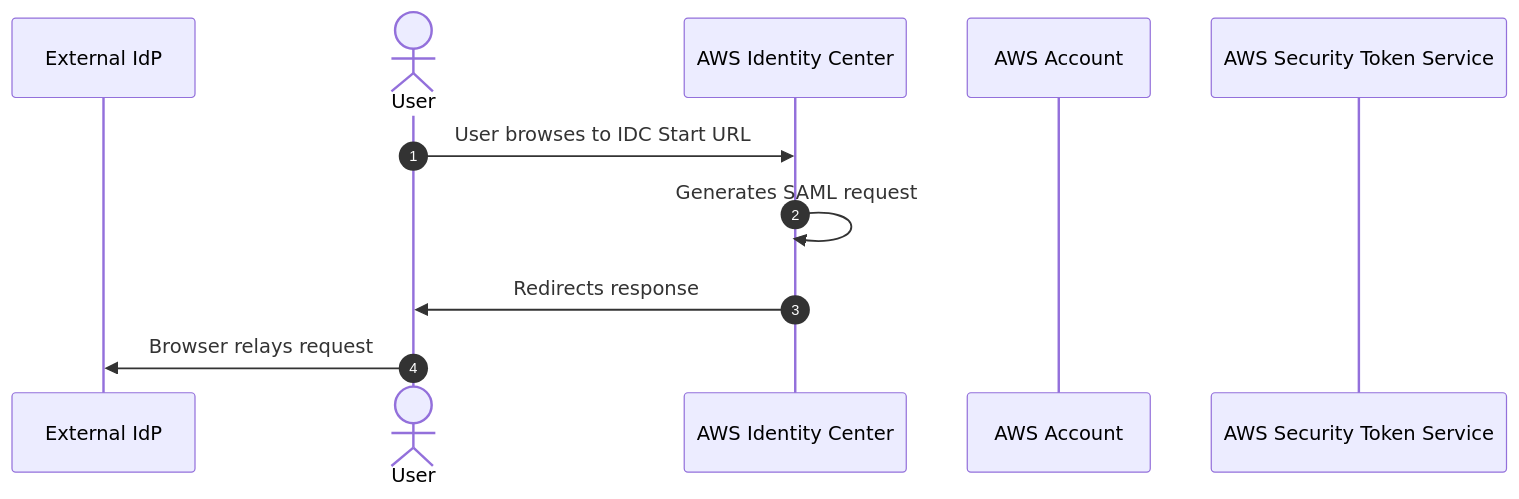
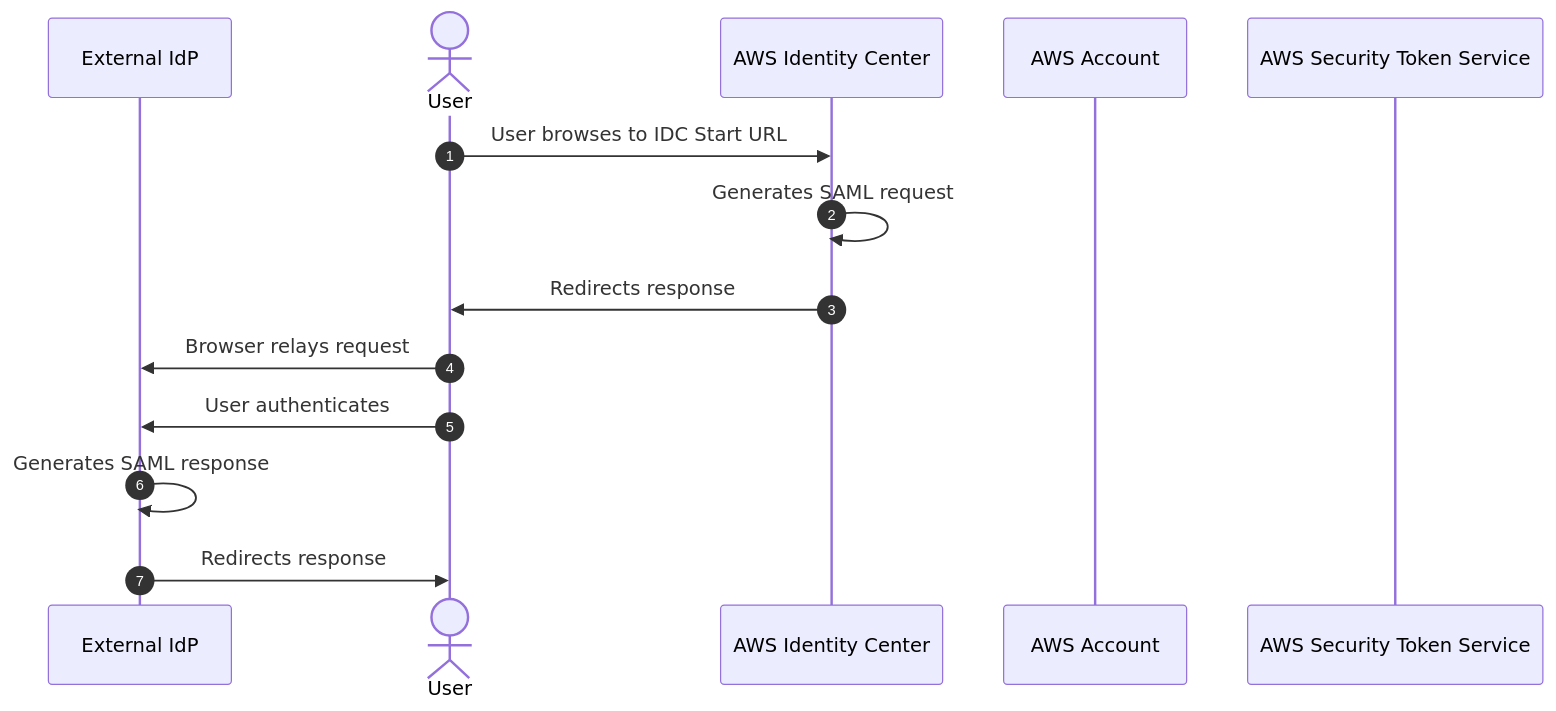
The diagram in identity-center/flow.md (keshavbaweja-git/workshops), drawn with Mermaid before and after one commit.

Commit message:
Identity Center

````diff
--- a/identity-center/flow.md
+++ b/identity-center/flow.md
@@ -1,13 +1,16 @@
 ```mermaid
 sequenceDiagram
     participant eidp as External IdP
     actor user as User
     participant idc as AWS Identity Center
     participant account as AWS Account
     participant sts as AWS Security Token Service
     autonumber
     user->>idc: User browses to IDC Start URL
     idc->>idc: Generates SAML request
     idc->>user: Redirects response
     user->>eidp: Browser relays request
+    user->>eidp: User authenticates
+    eidp->>eidp: Generates SAML response
+    eidp->>user: Redirects response
 ```
````
